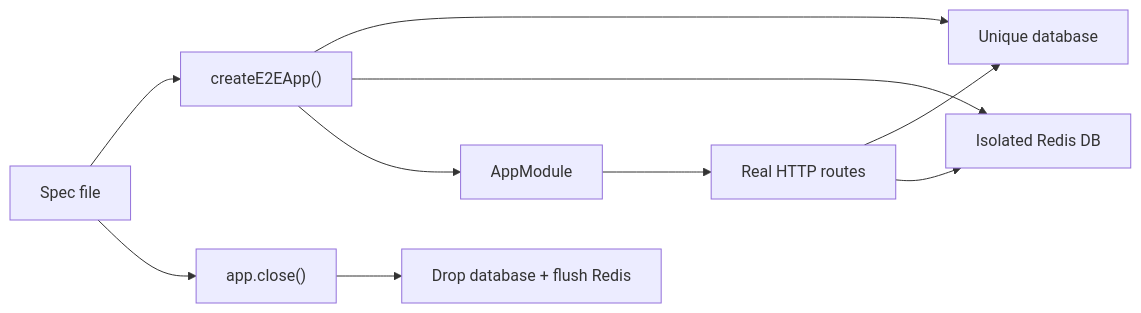
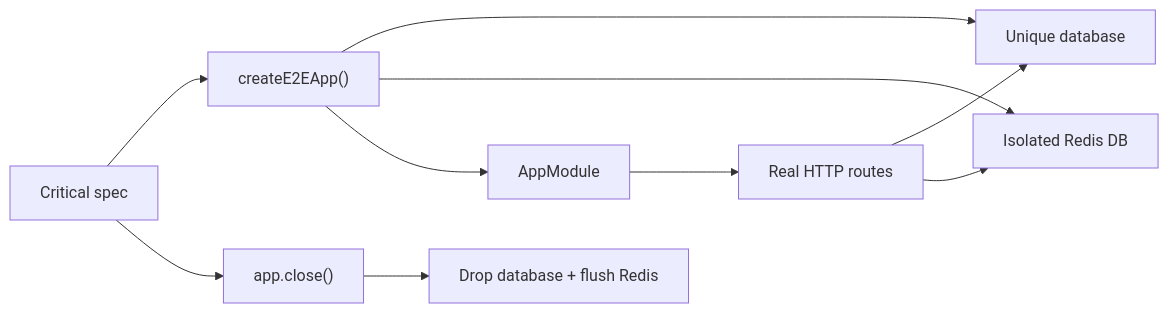
The second of 2 diagrams in packages/server/docs/11-testing.md (nonomnonom/depose), drawn with Mermaid before and after one commit. The commit also changed other lines of this file and 41 other files, not shown here.

````diff
--- a/packages/server/docs/11-testing.md
+++ b/packages/server/docs/11-testing.md
@@ -84,12 +99,12 @@
 ```mermaid
 flowchart LR
-  Spec["Spec file"] --> Factory["createE2EApp()"]
+  Spec["Critical spec"] --> Factory["createE2EApp()"]
   Factory --> DB["Unique database"]
   Factory --> R["Isolated Redis DB"]
   Factory --> Nest["AppModule"]
   Nest --> HTTP["Real HTTP routes"]
   HTTP --> DB
   HTTP --> R
   Spec --> Close["app.close()"]
   Close --> Drop["Drop database + flush Redis"]
 ```
````
